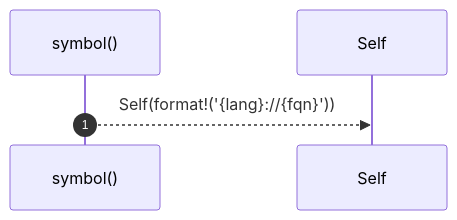
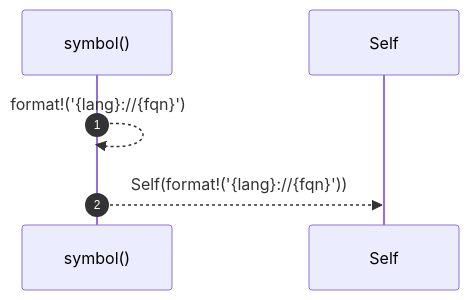
One commit to RyanGuild/self-describing-code changed the third of 4 diagrams in docs/self-model/robby_ir/model/impl-nodeid.md. Above: the diagram before and after it, drawn with Mermaid. The commit also changed other lines of this file and 1404 other files, not shown here.

````diff
--- a/docs/self-model/robby_ir/model/impl-nodeid.md
+++ b/docs/self-model/robby_ir/model/impl-nodeid.md
@@ -95,7 +133,8 @@
 ```mermaid
 sequenceDiagram
     autonumber
     participant symbol as symbol()
     participant Self as Self
+    symbol-->>symbol: format!('{lang}://{fqn}')
     symbol-->>Self: Self(format!('{lang}://{fqn}'))
 ```
````
